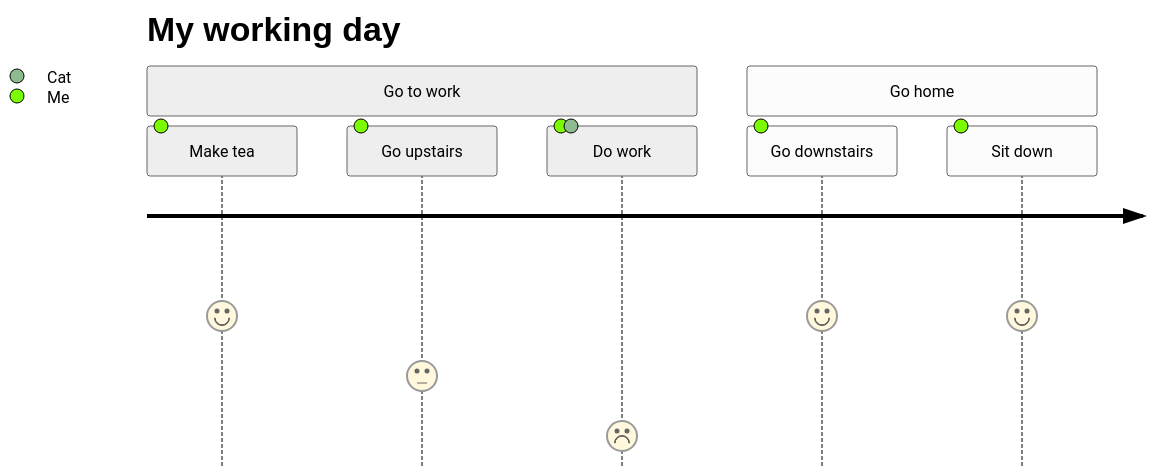
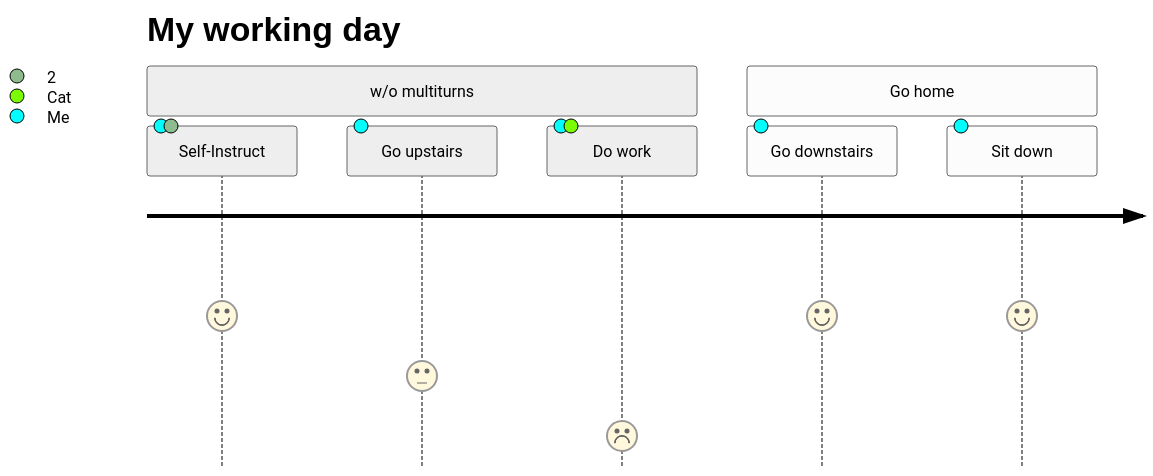
One commit to langbridgeai/Open-Instructions changed the diagram in README.md. Above: the diagram before and after it, drawn with Mermaid (neutral theme).

````diff
--- a/README.md
+++ b/README.md
@@ -62,11 +62,11 @@
 ```mermaid
 journey
     title My working day
-    section Go to work
-      Make tea: 5: Me
+    section w/o multiturns
+      Self-Instruct: 5: Me, 2: Cat
       Go upstairs: 3: Me
       Do work: 1: Me, Cat
     section Go home
       Go downstairs: 5: Me
       Sit down: 5: Me
 ```
````
